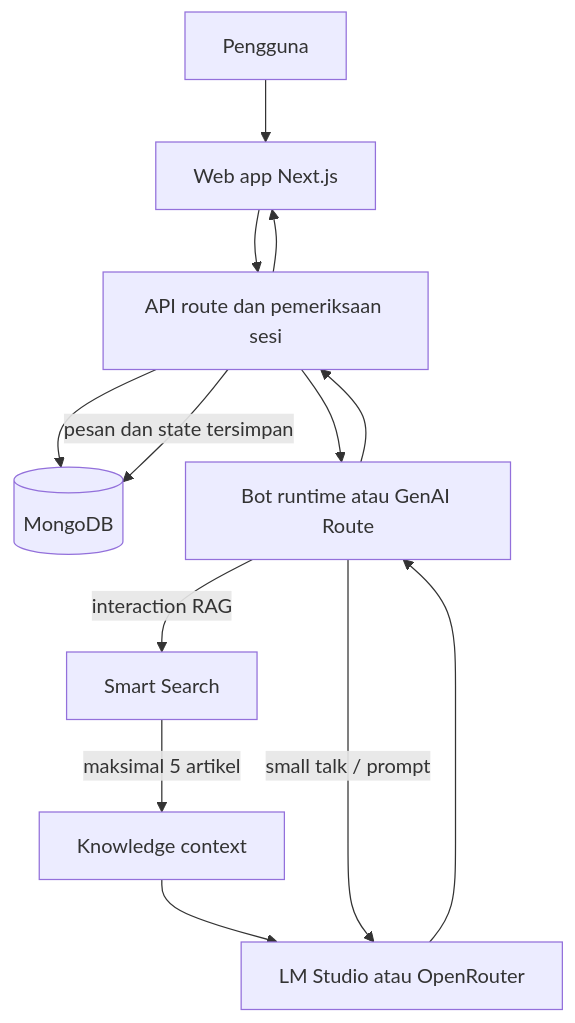
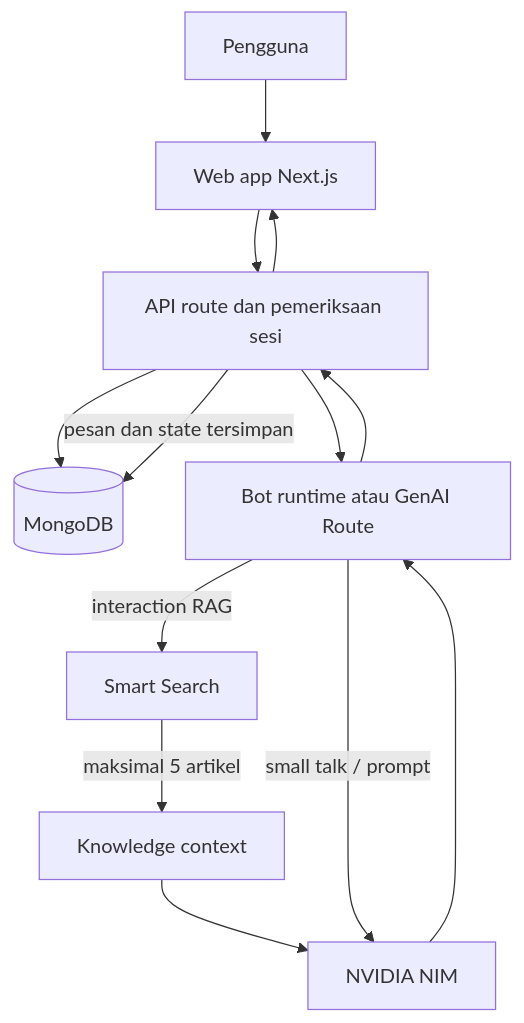
One commit to RendraNurYuliadi/Ai-Agent-Project changed the diagram in README.md. Above: the diagram before and after it, drawn with Mermaid. The commit also changed other lines of this file and 1 other file, not shown here.

````diff
--- a/README.md
+++ b/README.md
@@ -50,15 +50,15 @@
 ```mermaid
 flowchart TD
 	 U[Pengguna] --> UI[Web app Next.js]
 	 UI --> API[API route dan pemeriksaan sesi]
 	 API --> DB[(MongoDB)]
 	 API --> RT[Bot runtime atau GenAI Route]
 	 RT -->|interaction RAG| SS[Smart Search]
 	 SS -->|maksimal 5 artikel| CTX[Knowledge context]
-	 CTX --> LLM[LM Studio atau OpenRouter]
+	 CTX --> LLM[NVIDIA NIM]
 	 RT -->|small talk / prompt| LLM
 	 LLM --> RT
 	 RT --> API
 	 API -->|pesan dan state tersimpan| DB
 	 API --> UI
 ```
````
